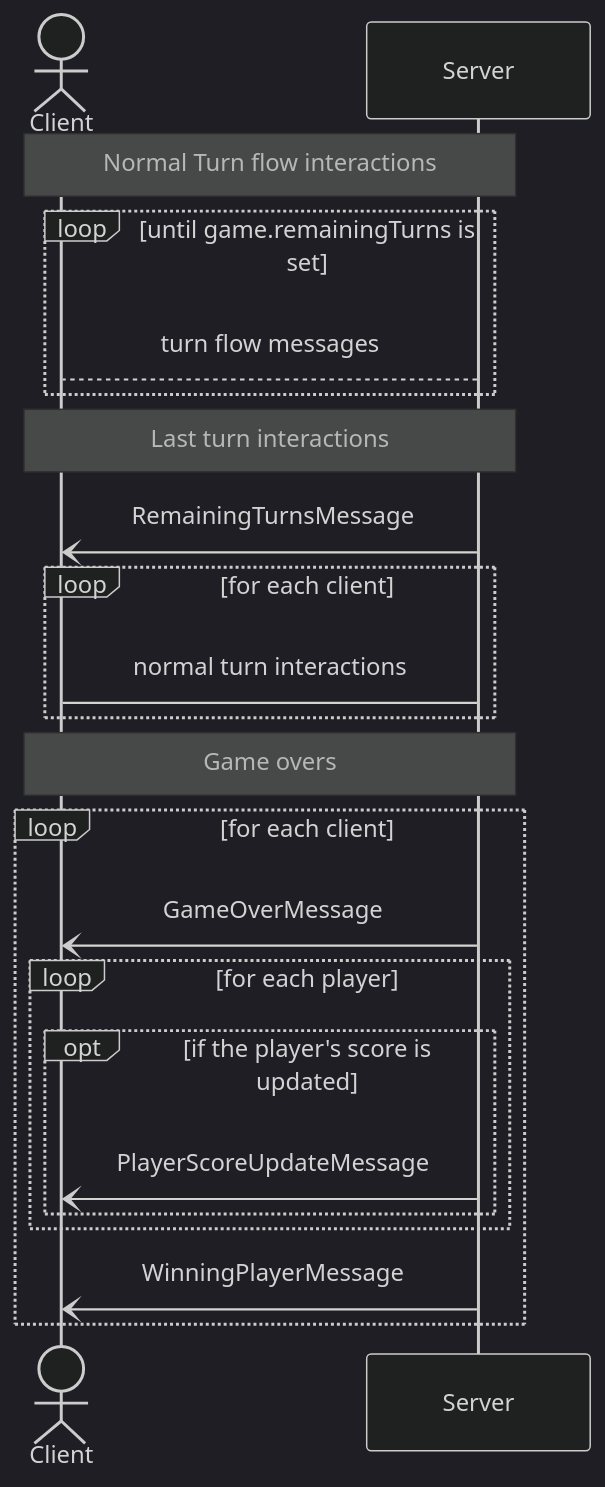
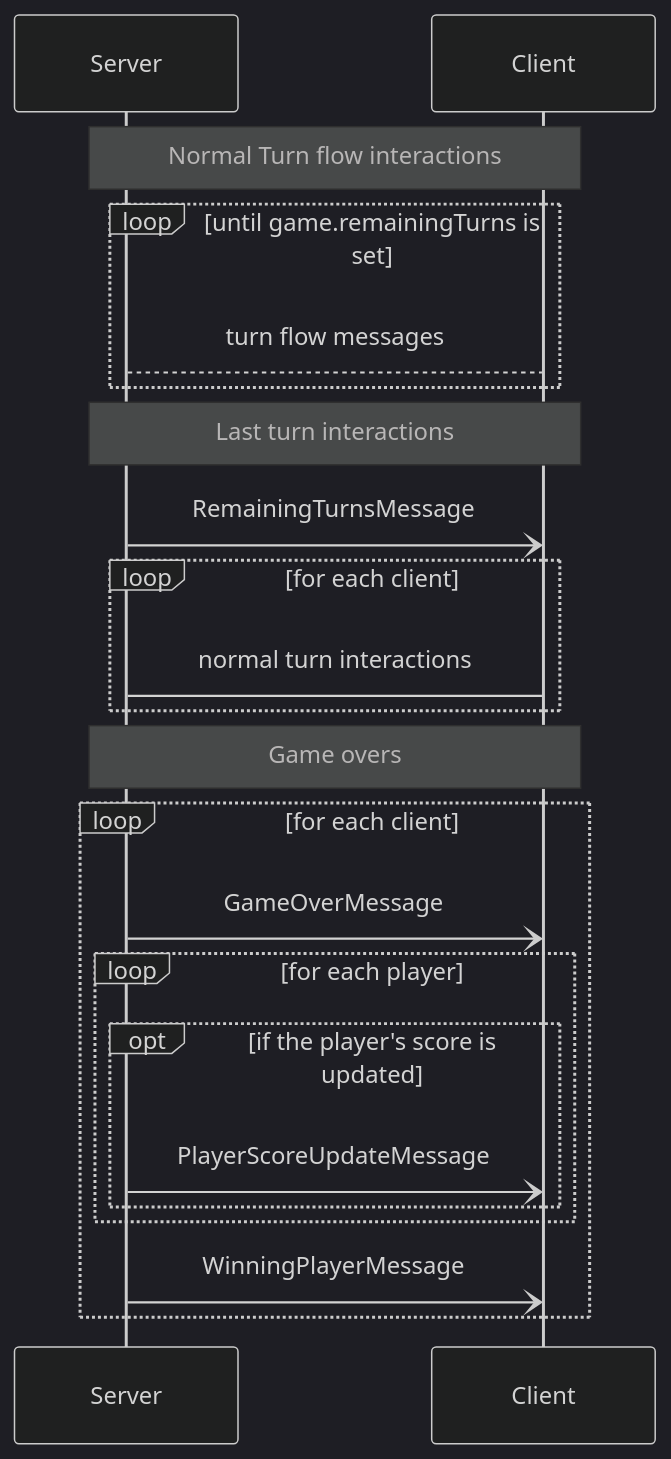
Before and after one commit to frephs/IS24-AM21: the fifth of 6 diagrams in documentation_wip/network_protocol.md, drawn with Mermaid (dark theme). The commit also changed other lines of this file, not shown here.

````diff
--- a/documentation_wip/network_protocol.md
+++ b/documentation_wip/network_protocol.md
@@ -189,25 +189,24 @@
 ```mermaid
 sequenceDiagram
-    Actor Client
     Note over Server, Client : Normal Turn flow interactions
     loop until game.remainingTurns is set
     Server --> Client: turn flow messages 
     end 
     Note over Server, Client: Last turn interactions
     Server -) Client : RemainingTurnsMessage 
     loop for each client 
         Server -> Client: normal turn interactions 
     end 
     
     Note over Server, Client: Game overs
     loop for each client 
         Server -) Client : GameOverMessage
         loop for each player
             opt if the player's score is updated
                 Server -) Client : PlayerScoreUpdateMessage
             end
         end
         Server -) Client : WinningPlayerMessage  
     end
 
 ```
````
